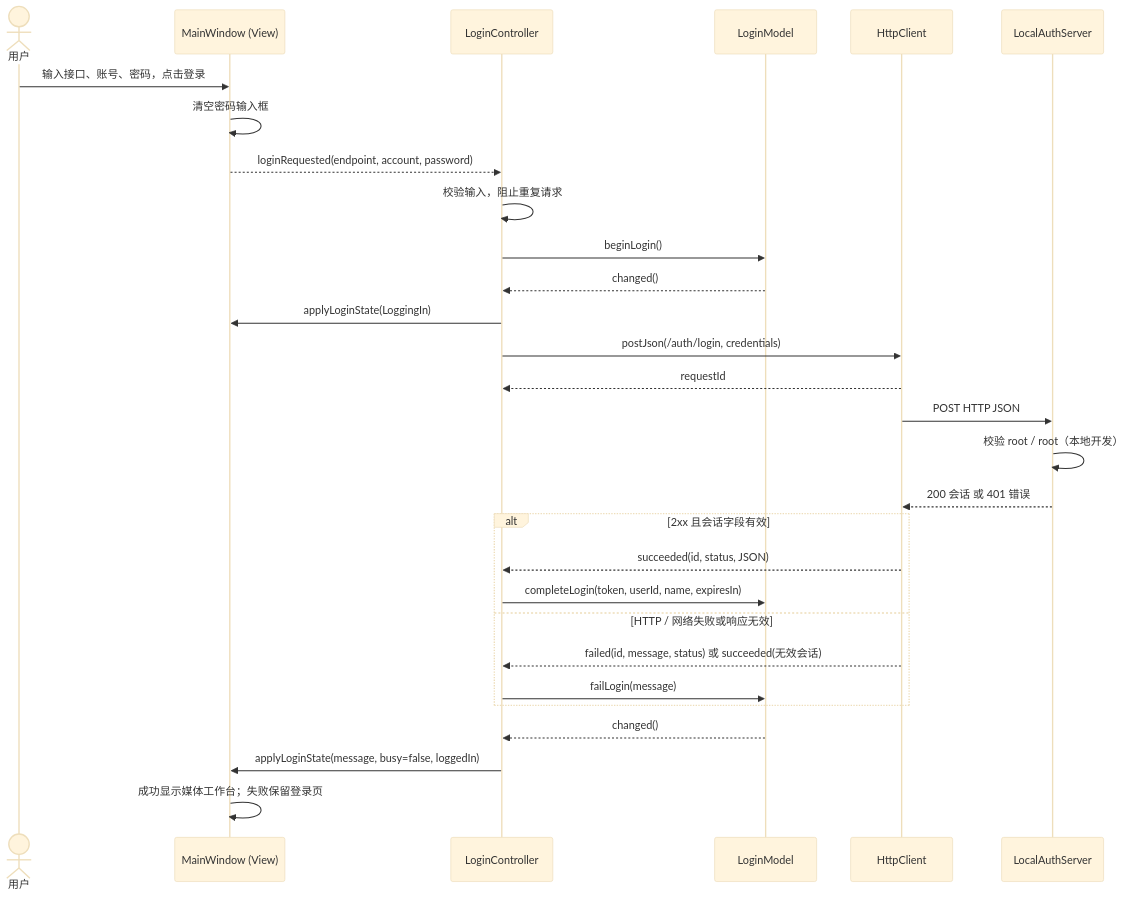
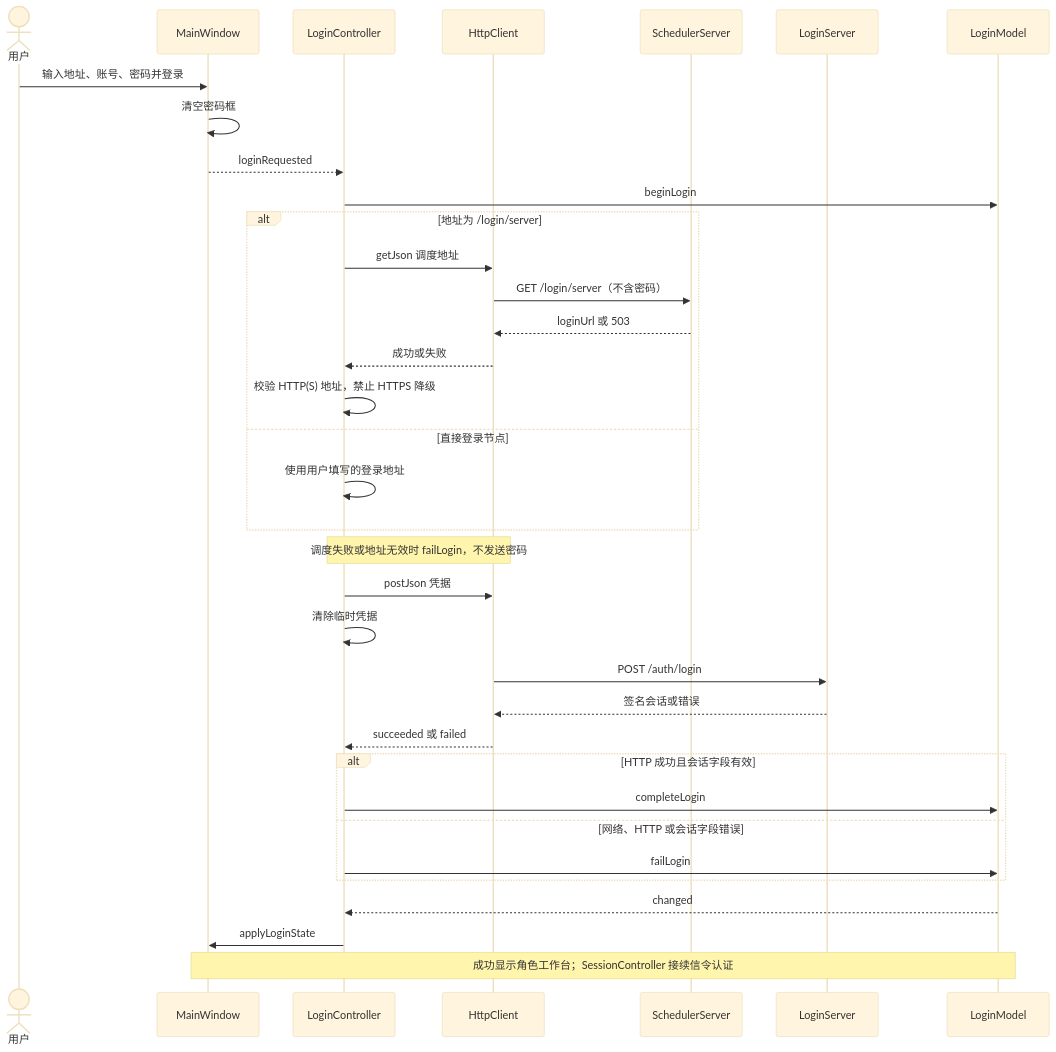
The diagram in docs/uml/login.mmd (kingsman-svg/OBS), drawn with Mermaid (base theme) before and after one commit. The commit also changed 81 other files, not shown here.

```diff
--- a/docs/uml/login.mmd
+++ b/docs/uml/login.mmd
@@ -1,29 +1,35 @@
 sequenceDiagram
 actor U as 用户
-participant V as MainWindow (View)
+participant V as MainWindow
 participant C as LoginController
+participant H as HttpClient
+participant S as SchedulerServer
+participant L as LoginServer
 participant M as LoginModel
-participant H as HttpClient
-participant S as LocalAuthServer
-U->>V: 输入接口、账号、密码，点击登录
-V->>V: 清空密码输入框
-V-->>C: loginRequested(endpoint, account, password)
-C->>C: 校验输入，阻止重复请求
-C->>M: beginLogin()
-M-->>C: changed()
-C->>V: applyLoginState(LoggingIn)
-C->>H: postJson(/auth/login, credentials)
-H-->>C: requestId
-H->>S: POST HTTP JSON
-S->>S: 校验 root / root（本地开发）
-S-->>H: 200 会话 或 401 错误
-alt 2xx 且会话字段有效
-H-->>C: succeeded(id, status, JSON)
-C->>M: completeLogin(token, userId, name, expiresIn)
-else HTTP / 网络失败或响应无效
-H-->>C: failed(id, message, status) 或 succeeded(无效会话)
-C->>M: failLogin(message)
+U->>V: 输入地址、账号、密码并登录
+V->>V: 清空密码框
+V-->>C: loginRequested
+C->>M: beginLogin
+alt 地址为 /login/server
+C->>H: getJson 调度地址
+H->>S: GET /login/server（不含密码）
+S-->>H: loginUrl 或 503
+H-->>C: 成功或失败
+C->>C: 校验 HTTP(S) 地址，禁止 HTTPS 降级
+else 直接登录节点
+C->>C: 使用用户填写的登录地址
 end
-M-->>C: changed()
-C->>V: applyLoginState(message, busy=false, loggedIn)
-V->>V: 成功显示媒体工作台；失败保留登录页
+Note over C,H: 调度失败或地址无效时 failLogin，不发送密码
+C->>H: postJson 凭据
+C->>C: 清除临时凭据
+H->>L: POST /auth/login
+L-->>H: 签名会话或错误
+H-->>C: succeeded 或 failed
+alt HTTP 成功且会话字段有效
+C->>M: completeLogin
+else 网络、HTTP 或会话字段错误
+C->>M: failLogin
+end
+M-->>C: changed
+C->>V: applyLoginState
+Note over V,M: 成功显示角色工作台；SessionController 接续信令认证
```
